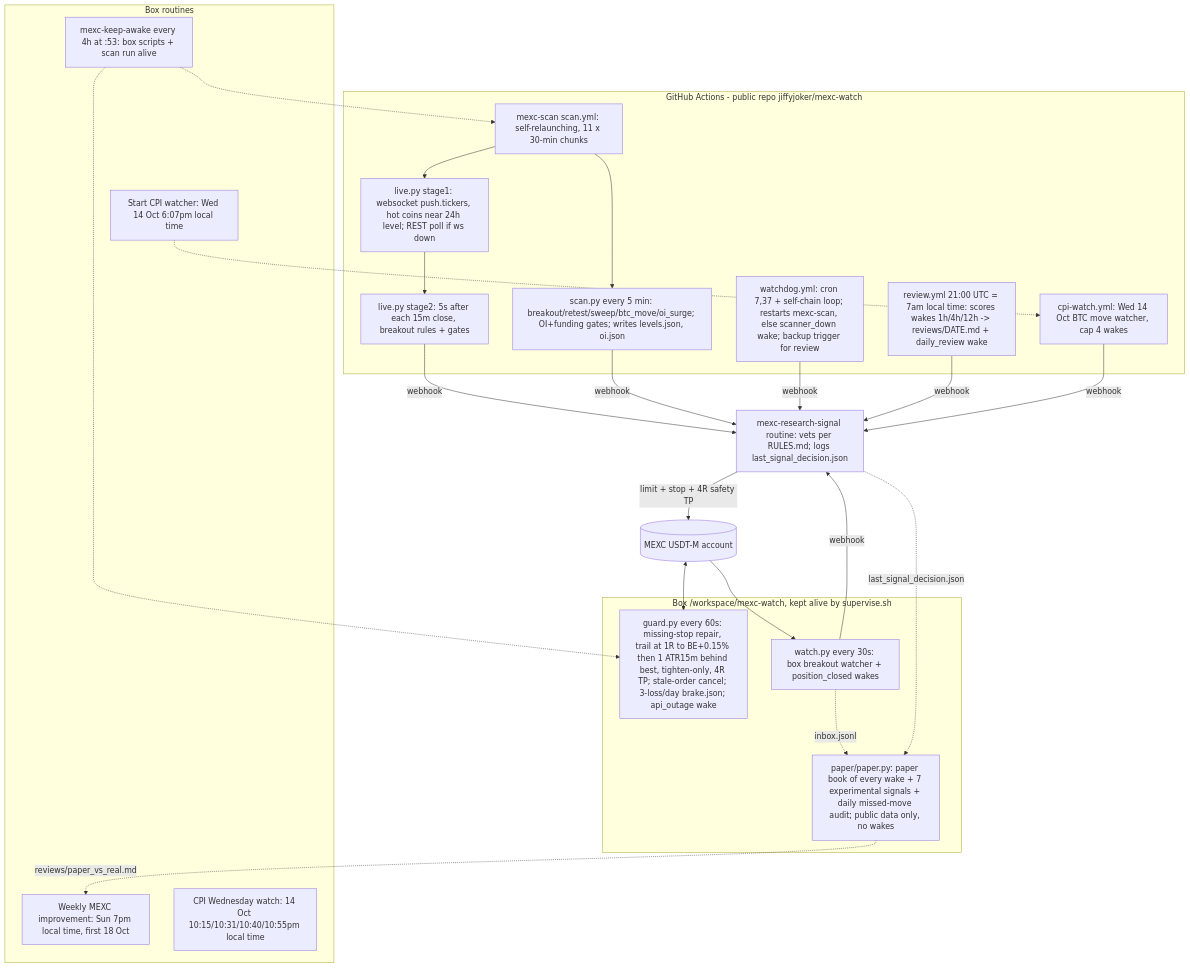
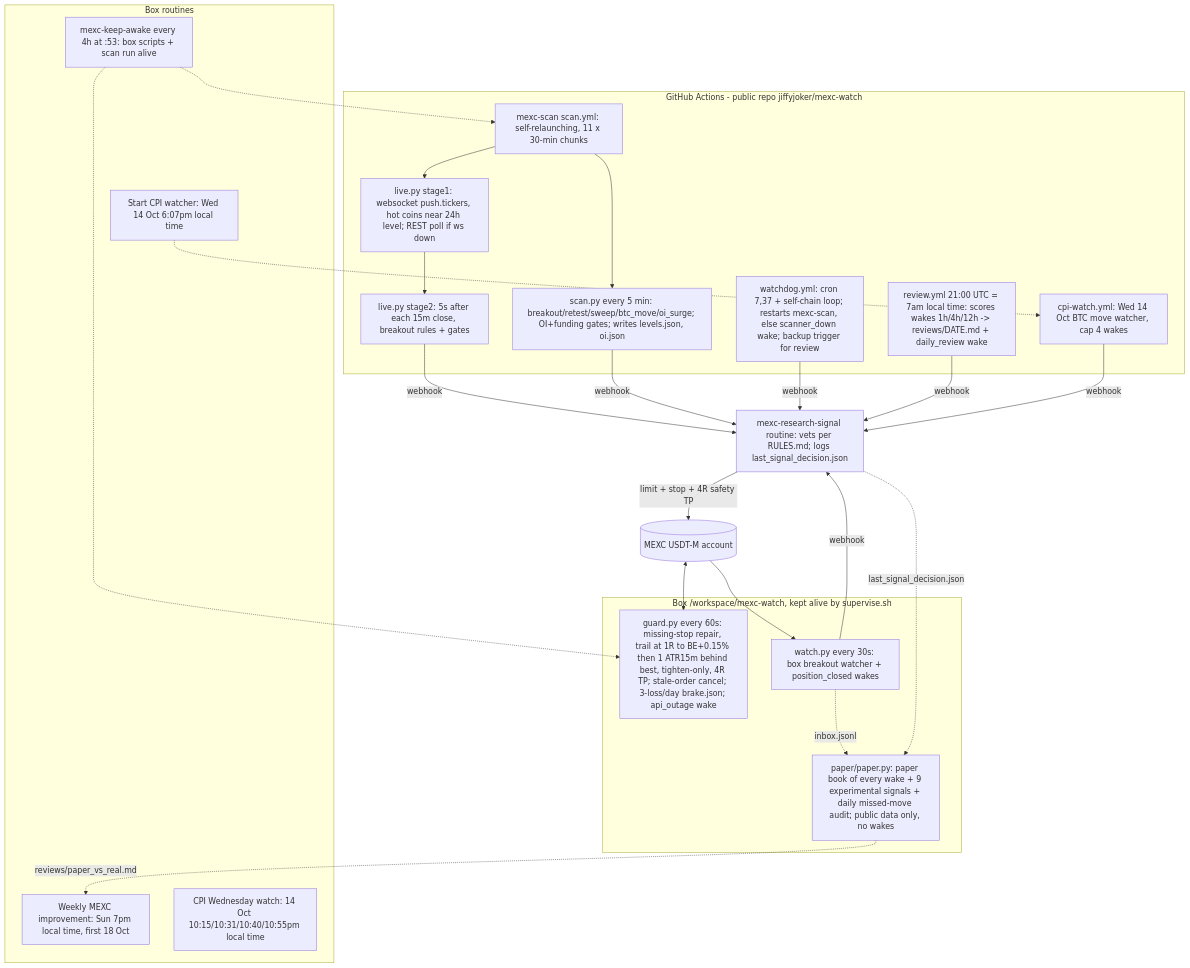
Before and after one commit to jiffyjoker/mexc-watch: the diagram in SYSTEM_MAP.md, drawn with Mermaid. The commit also changed other lines of this file, not shown here.

Commit message:
system map: 180d check, trend-day paper signals

````diff
--- a/SYSTEM_MAP.md
+++ b/SYSTEM_MAP.md
@@ -5,39 +5,39 @@
 ```mermaid
 flowchart TD
   subgraph GH[GitHub Actions - public repo jiffyjoker/mexc-watch]
     SCAN[mexc-scan scan.yml: self-relaunching, 11 x 30-min chunks]
     WS[live.py stage1: websocket push.tickers, hot coins near 24h level; REST poll if ws down]
     S2[live.py stage2: 5s after each 15m close, breakout rules + gates]
     REST[scan.py every 5 min: breakout/retest/sweep/btc_move/oi_surge; OI+funding gates; writes levels.json, oi.json]
     WD[watchdog.yml: cron 7,37 + self-chain loop; restarts mexc-scan, else scanner_down wake; backup trigger for review]
     RV[review.yml 21:00 UTC = 7am local time: scores wakes 1h/4h/12h -> reviews/DATE.md + daily_review wake]
     CPI[cpi-watch.yml: Wed 14 Oct BTC move watcher, cap 4 wakes]
     SCAN --> WS --> S2
     SCAN --> REST
   end
   S2 -->|webhook| R[mexc-research-signal routine: vets per RULES.md; logs last_signal_decision.json]
   REST -->|webhook| R
   WD -->|webhook| R
   RV -->|webhook| R
   CPI -->|webhook| R
   R -->|limit + stop + 4R safety TP| MEXC[(MEXC USDT-M account)]
   subgraph BOX[Box /workspace/mexc-watch, kept alive by supervise.sh]
     G[guard.py every 60s: missing-stop repair, trail at 1R to BE+0.15% then 1 ATR15m behind best, tighten-only, 4R TP; stale-order cancel; 3-loss/day brake.json; api_outage wake]
     W[watch.py every 30s: box breakout watcher + position_closed wakes]
-    PB[paper/paper.py: paper book of every wake + 7 experimental signals + daily missed-move audit; public data only, no wakes]
+    PB[paper/paper.py: paper book of every wake + 9 experimental signals + daily missed-move audit; public data only, no wakes]
   end
   MEXC <--> G
   MEXC --> W -->|webhook| R
   W -.->|inbox.jsonl| PB
   R -.->|last_signal_decision.json| PB
   PB -.->|reviews/paper_vs_real.md| WK
   subgraph RT[Box routines]
     KA[mexc-keep-awake every 4h at :53: box scripts + scan run alive]
     CW[CPI Wednesday watch: 14 Oct 10:15/10:31/10:40/10:55pm local time]
     SC[Start CPI watcher: Wed 14 Oct 6:07pm local time]
     WK[Weekly MEXC improvement: Sun 7pm local time, first 18 Oct]
   end
   KA -.-> SCAN
   KA -.-> G
   SC -.-> CPI
 ```
````
